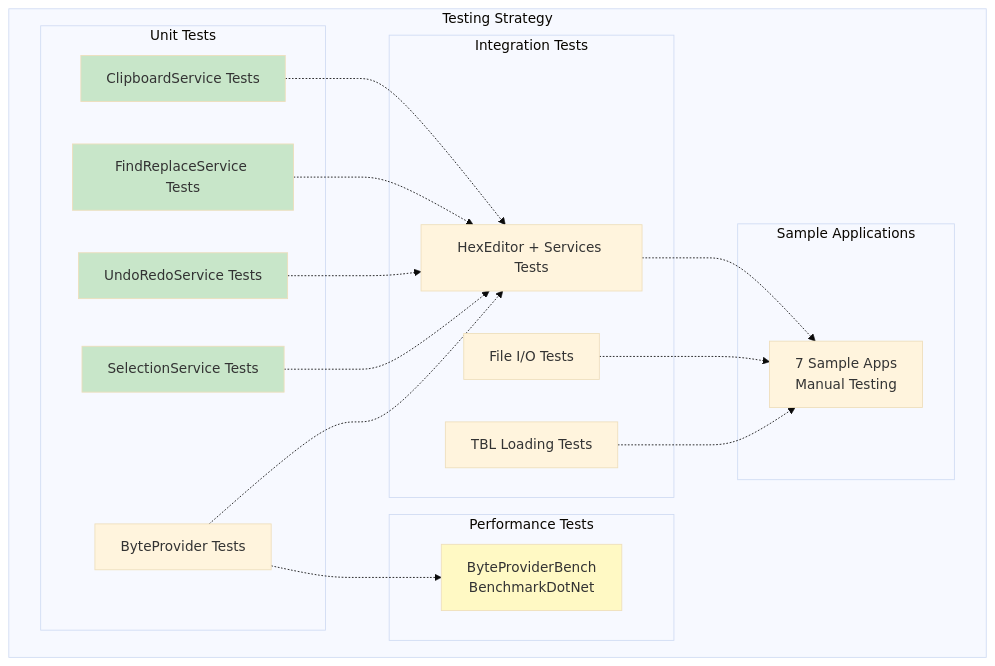
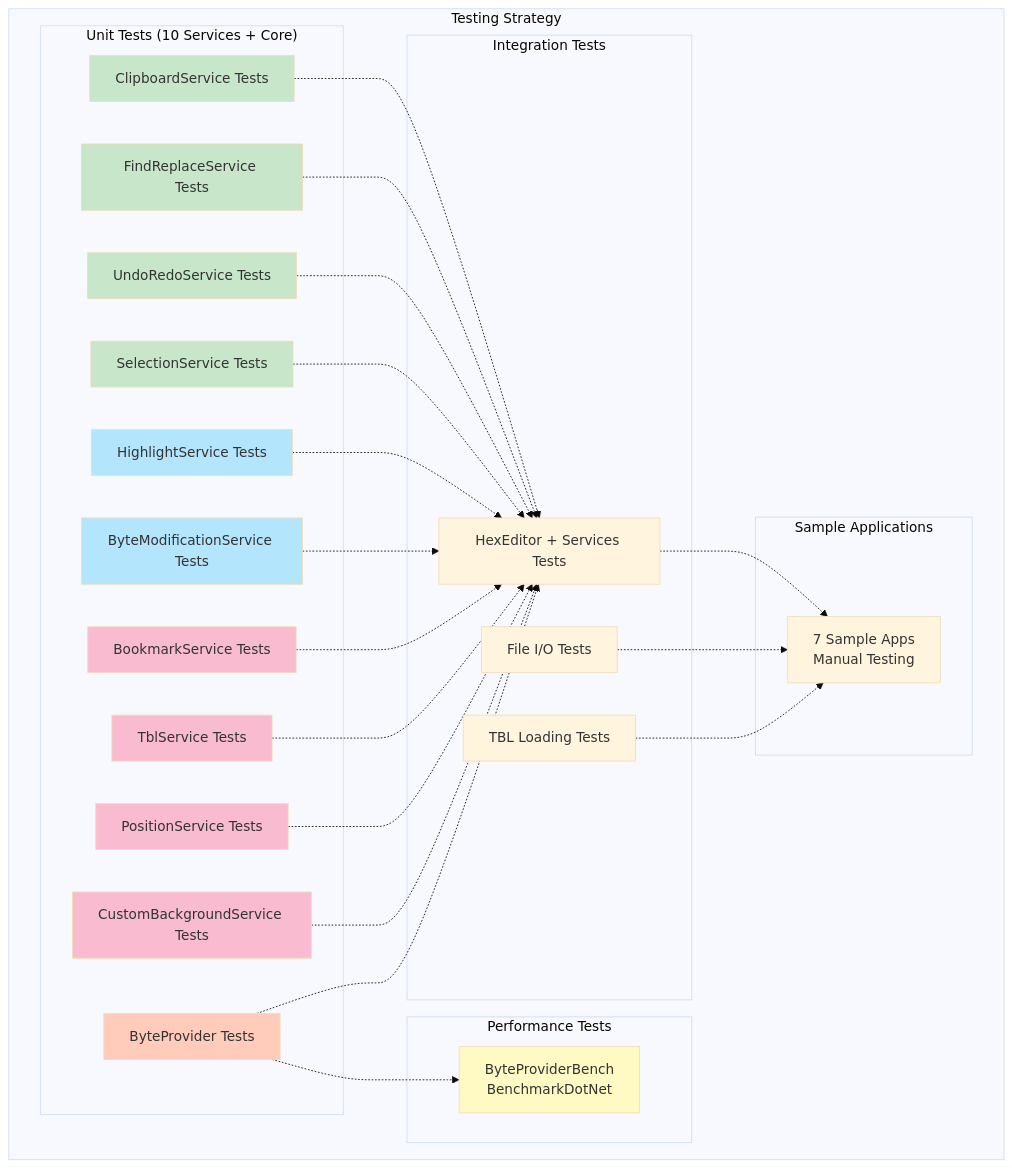
Before and after one commit to myd7349/WpfHexEditorControl: diagram 12 of 12 in ARCHITECTURE.md, drawn with Mermaid (base theme). The commit also changed other lines of this file, not shown here.

````diff
--- a/ARCHITECTURE.md
+++ b/ARCHITECTURE.md
@@ -651,44 +671,63 @@
 ```mermaid
 graph TB
     subgraph "Testing Strategy"
-        subgraph "Unit Tests"
+        subgraph "Unit Tests (10 Services + Core)"
             UT1[ClipboardService Tests]
             UT2[FindReplaceService Tests]
             UT3[UndoRedoService Tests]
             UT4[SelectionService Tests]
-            UT5[ByteProvider Tests]
+            UT5[HighlightService Tests]
+            UT6[ByteModificationService Tests]
+            UT7[BookmarkService Tests]
+            UT8[TblService Tests]
+            UT9[PositionService Tests]
+            UT10[CustomBackgroundService Tests]
+            UT11[ByteProvider Tests]
         end
 
         subgraph "Integration Tests"
             IT1[HexEditor + Services Tests]
             IT2[File I/O Tests]
             IT3[TBL Loading Tests]
         end
 
         subgraph "Performance Tests"
             PT[ByteProviderBench<br/>BenchmarkDotNet]
         end
 
         subgraph "Sample Applications"
             Samples[7 Sample Apps<br/>Manual Testing]
         end
     end
 
     UT1 -.-> IT1
     UT2 -.-> IT1
     UT3 -.-> IT1
     UT4 -.-> IT1
     UT5 -.-> IT1
+    UT6 -.-> IT1
+    UT7 -.-> IT1
+    UT8 -.-> IT1
+    UT9 -.-> IT1
+    UT10 -.-> IT1
+    UT11 -.-> IT1
 
     IT1 -.-> Samples
     IT2 -.-> Samples
     IT3 -.-> Samples
 
-    UT5 -.-> PT
+    UT11 -.-> PT
 
     style UT1 fill:#c8e6c9
     style UT2 fill:#c8e6c9
     style UT3 fill:#c8e6c9
     style UT4 fill:#c8e6c9
+    style UT5 fill:#b3e5fc
+    style UT6 fill:#b3e5fc
+    style UT7 fill:#f8bbd0
+    style UT8 fill:#f8bbd0
+    style UT9 fill:#f8bbd0
+    style UT10 fill:#f8bbd0
+    style UT11 fill:#ffccbc
     style PT fill:#fff9c4
 ```
````
